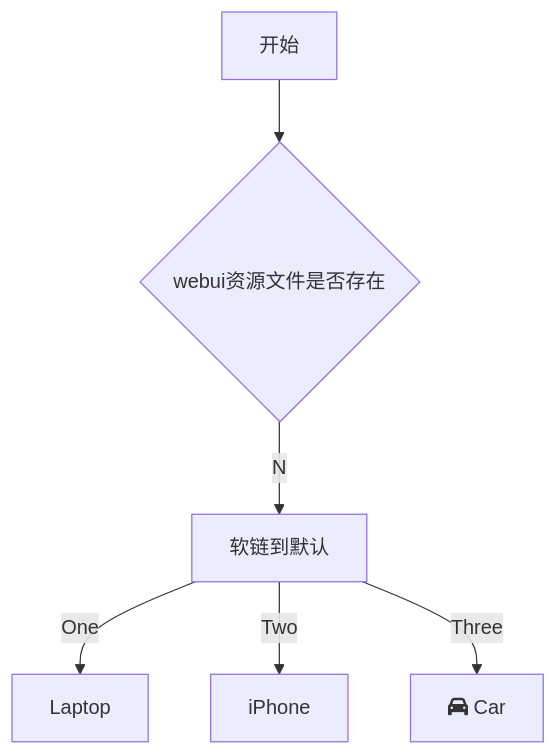
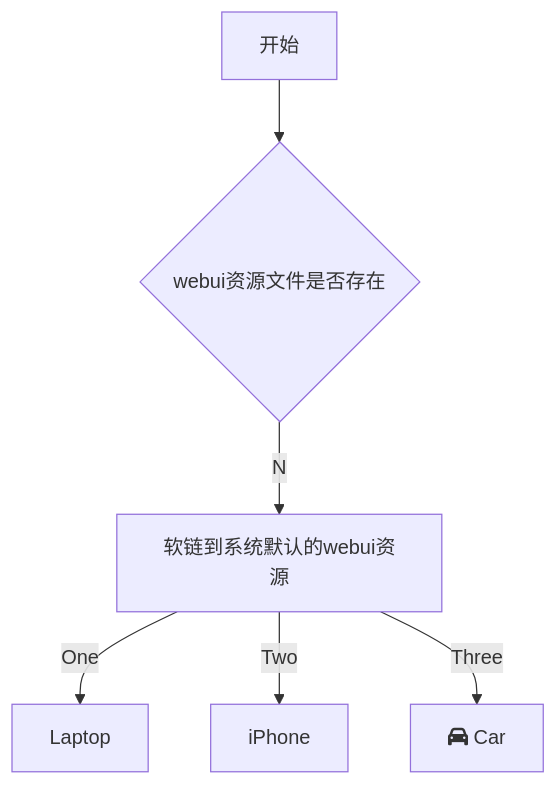
One commit to HaleyCoder/iodraw-files changed the diagram in all/未命名.md. Above: the diagram before and after it, drawn with Mermaid.

Commit message:
2024-08-29 14:35:34 update

````diff
--- a/all/未命名.md
+++ b/all/未命名.md
@@ -1,9 +1,9 @@
 ```mermaid
 graph TD
     A[开始] --> B{webui资源文件是否存在}
-    B -->|N| C[软链到默认]
+    B -->|N| C[软链到系统默认的webui资源]
     C -->|One| D[Laptop]
     C -->|Two| E[iPhone]
     C -->|Three| F[fa:fa-car Car]
   
 ```
````
